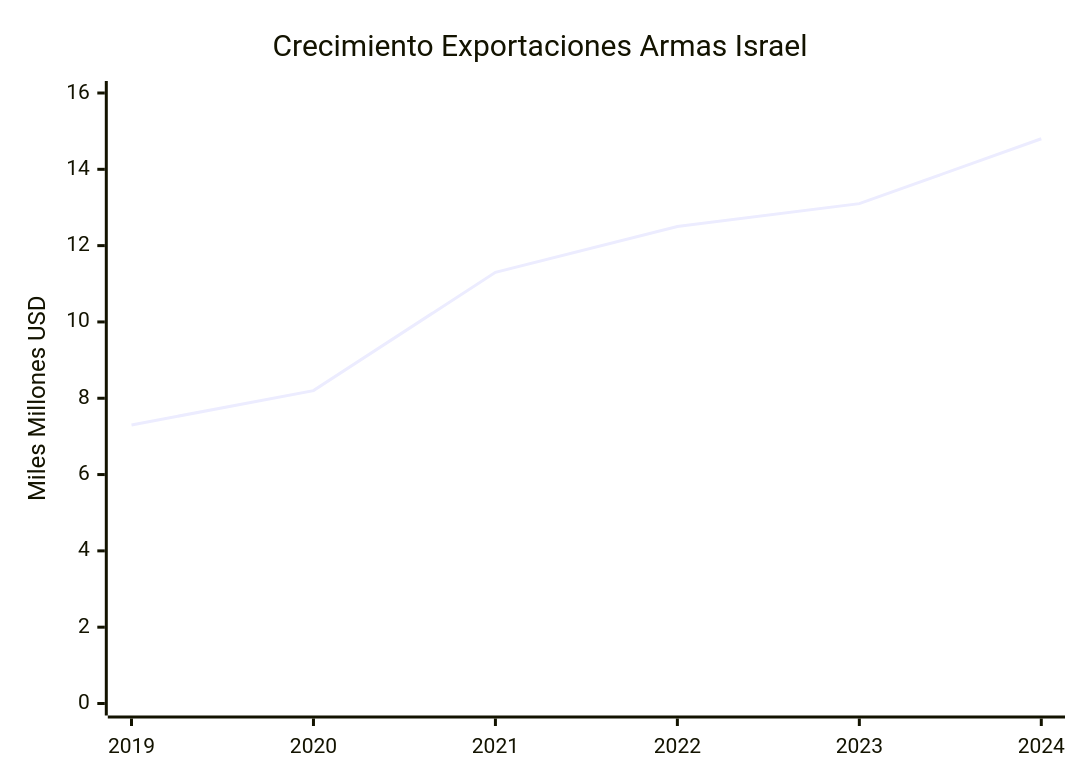
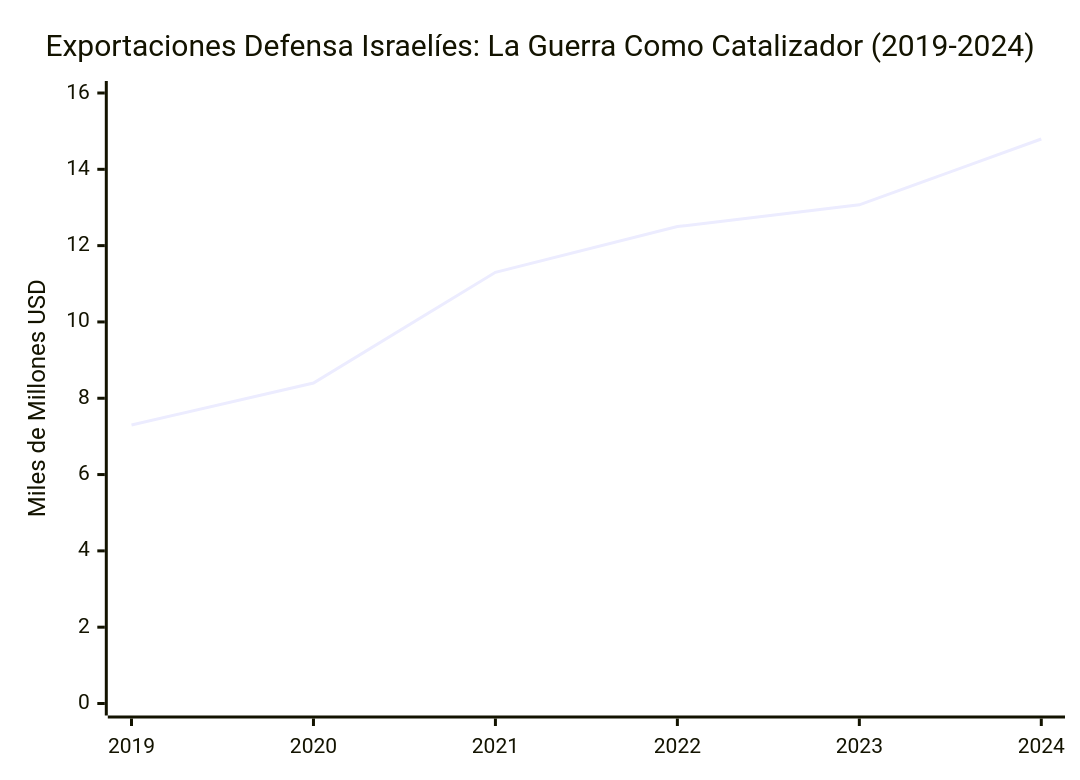
One commit to perpetuocambio/annotations changed the third of 18 diagrams in intel/israel_geopolitical_analysis.md. Above: the diagram before and after it, drawn with Mermaid. The commit also changed other lines of this file, not shown here.

````diff
--- a/intel/israel_geopolitical_analysis.md
+++ b/intel/israel_geopolitical_analysis.md
@@ -150,7 +117,7 @@
 ```mermaid
 xychart-beta
-    title "Crecimiento Exportaciones Armas Israel"
+    title "Exportaciones Defensa Israelíes: La Guerra Como Catalizador (2019-2024)"
     x-axis [2019, 2020, 2021, 2022, 2023, 2024]
-    y-axis "Miles Millones USD" 0 --> 16
-    line [7.3, 8.2, 11.3, 12.5, 13.1, 14.8]
+    y-axis "Miles de Millones USD" 0 --> 16
+    line [7.3, 8.4, 11.3, 12.5, 13.07, 14.795]
 ```
````
